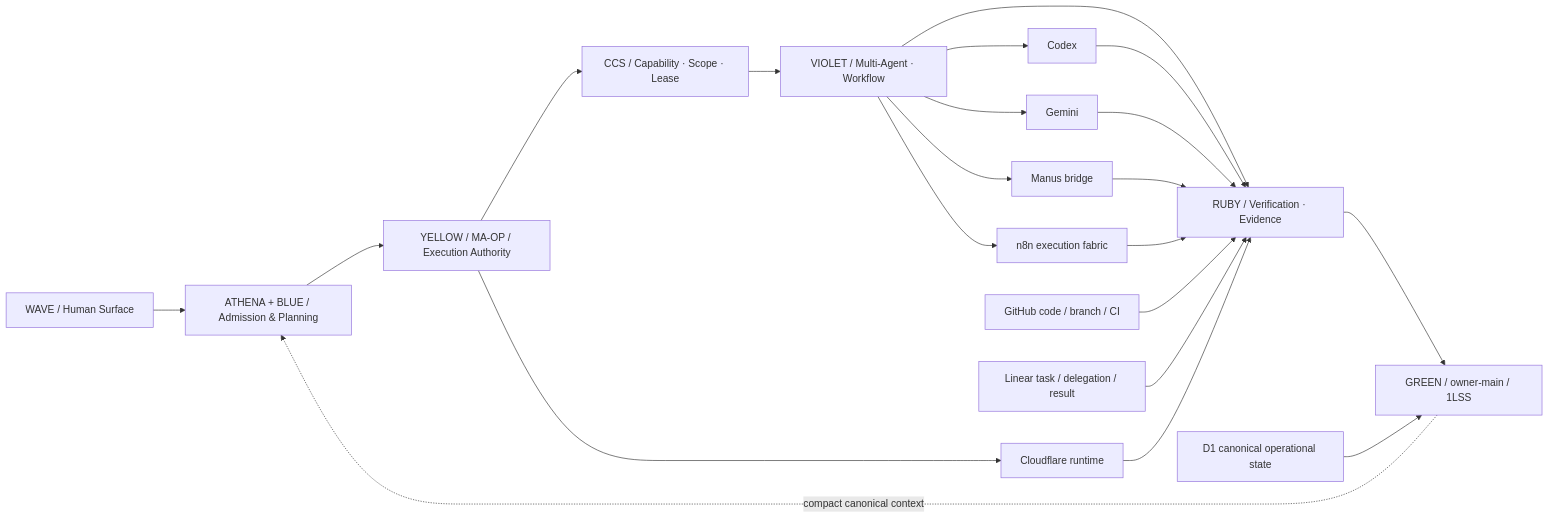
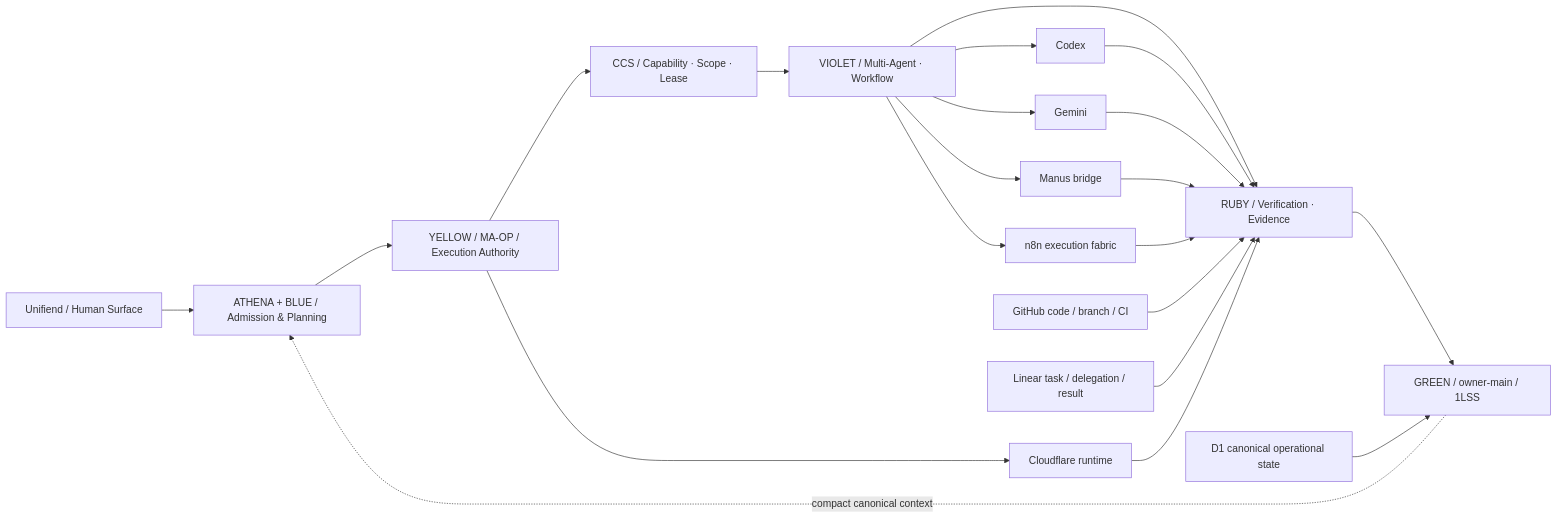
The diagram in docs/architecture/OGE_SYSTEM_MAP.md (GH-ADDMINPOVIDER/Build-Platform), drawn with Mermaid before and after one commit. The commit also changed other lines of this file and 408 other files, not shown here.

````diff
--- a/docs/architecture/OGE_SYSTEM_MAP.md
+++ b/docs/architecture/OGE_SYSTEM_MAP.md
@@ -5,26 +5,26 @@
 ```mermaid
 flowchart LR
-  WAVE["WAVE / Human Surface"] --> ATHENA["ATHENA + BLUE / Admission & Planning"]
+  Unifiend["Unifiend / Human Surface"] --> ATHENA["ATHENA + BLUE / Admission & Planning"]
   ATHENA --> YELLOW["YELLOW / MA-OP / Execution Authority"]
   YELLOW --> CCS["CCS / Capability · Scope · Lease"]
   CCS --> VIOLET["VIOLET / Multi-Agent · Workflow"]
   VIOLET --> RUBY["RUBY / Verification · Evidence"]
   RUBY --> GREEN["GREEN / owner-main / 1LSS"]
   GREEN -. compact canonical context .-> ATHENA
 
   VIOLET --> CODEX["Codex"]
   VIOLET --> GEMINI["Gemini"]
   VIOLET --> MANUS["Manus bridge"]
   VIOLET --> N8N["n8n execution fabric"]
 
   CODEX --> RUBY
   GEMINI --> RUBY
   MANUS --> RUBY
   N8N --> RUBY
 
   YELLOW --> CF["Cloudflare runtime"]
   GH["GitHub code / branch / CI"] --> RUBY
   LIN["Linear task / delegation / result"] --> RUBY
   CF --> RUBY
   D1["D1 canonical operational state"] --> GREEN
 ```
````
